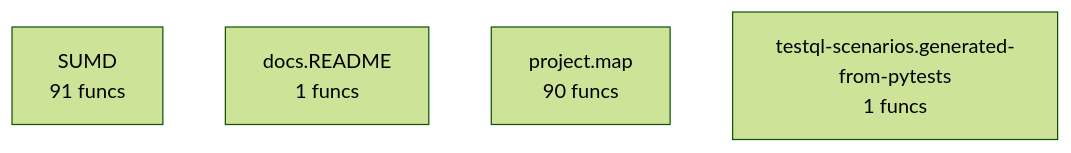
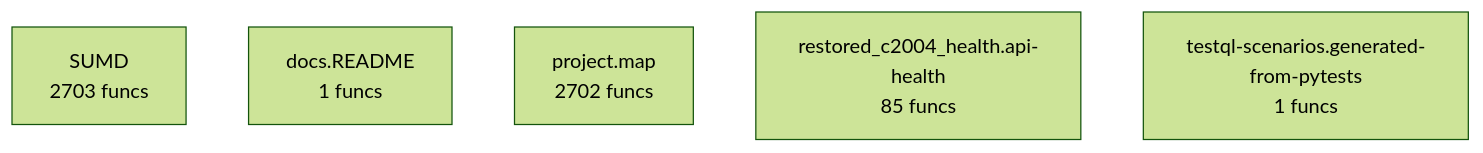
Before and after one commit to semcod/resplit: the diagram in project/compact_flow.mmd, drawn with Mermaid (forest theme). The commit also changed 30 other files, not shown here.

```diff
--- a/project/compact_flow.mmd
+++ b/project/compact_flow.mmd
@@ -1,5 +1,6 @@
 flowchart TD
-    SUMD["SUMD<br/>91 funcs"]
+    SUMD["SUMD<br/>2703 funcs"]
     docs__README["docs.README<br/>1 funcs"]
-    project__map["project.map<br/>90 funcs"]
+    project__map["project.map<br/>2702 funcs"]
+    restored_c2004_health__api_health["restored_c2004_health.api-health<br/>85 funcs"]
     testql_scenarios__generated_from_pytests["testql-scenarios.generated-from-pytests<br/>1 funcs"]
```
